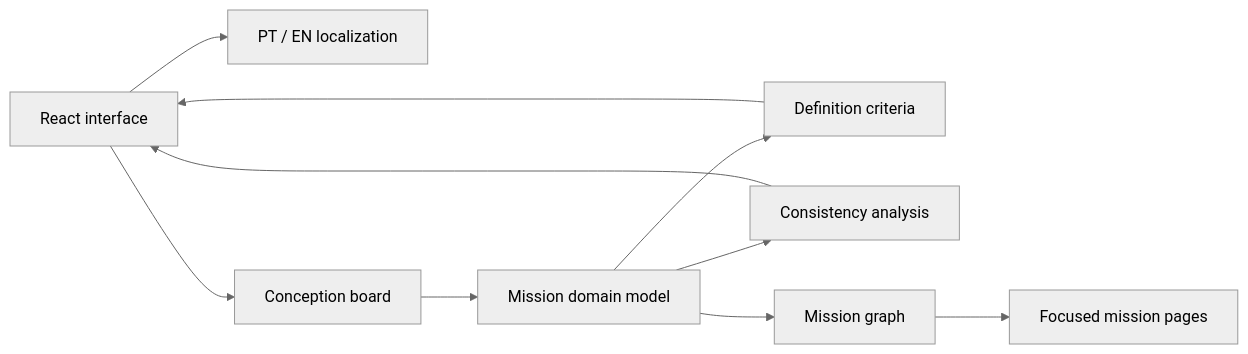
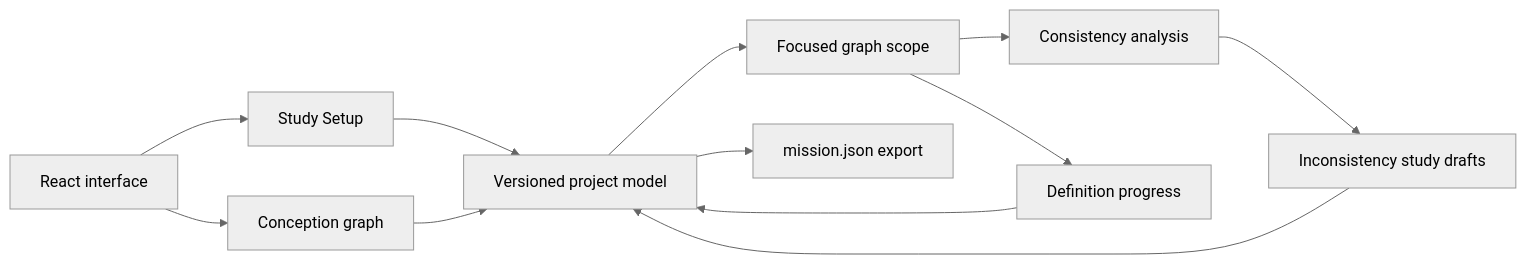
Before and after one commit to Raiagues/mission-dev: the diagram in README.md, drawn with Mermaid (neutral theme). The commit also changed other lines of this file and 13 other files, not shown here.

First line of the commit message:
Redesign conception workspace and project model

````diff
--- a/README.md
+++ b/README.md
@@ -46,12 +165,14 @@
 ```mermaid
 flowchart LR
-    UI[React interface] --> I18N[PT / EN localization]
-    UI --> BOARD[Conception board]
-    BOARD --> MODEL[Mission domain model]
-    MODEL --> CHECKS[Definition criteria]
-    MODEL --> ISSUES[Consistency analysis]
-    MODEL --> GRAPH[Mission graph]
-    GRAPH --> FOCUS[Focused mission pages]
-    CHECKS --> UI
-    ISSUES --> UI
+    UI[React interface] --> SETUP[Study Setup]
+    SETUP --> STORE[Versioned project model]
+    UI --> BOARD[Conception graph]
+    BOARD --> STORE
+    STORE --> SCOPE[Focused graph scope]
+    SCOPE --> ISSUES[Consistency analysis]
+    SCOPE --> PROGRESS[Definition progress]
+    ISSUES --> STUDIES[Inconsistency study drafts]
+    STUDIES --> STORE
+    PROGRESS --> STORE
+    STORE --> EXPORT[mission.json export]
 ```
````
